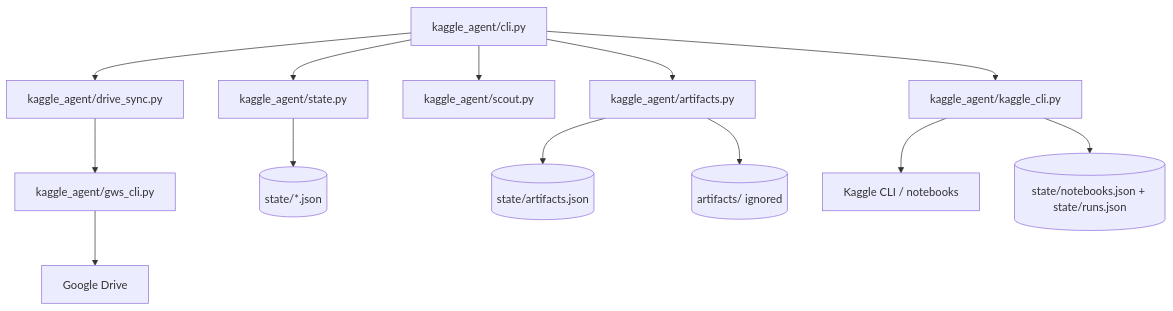
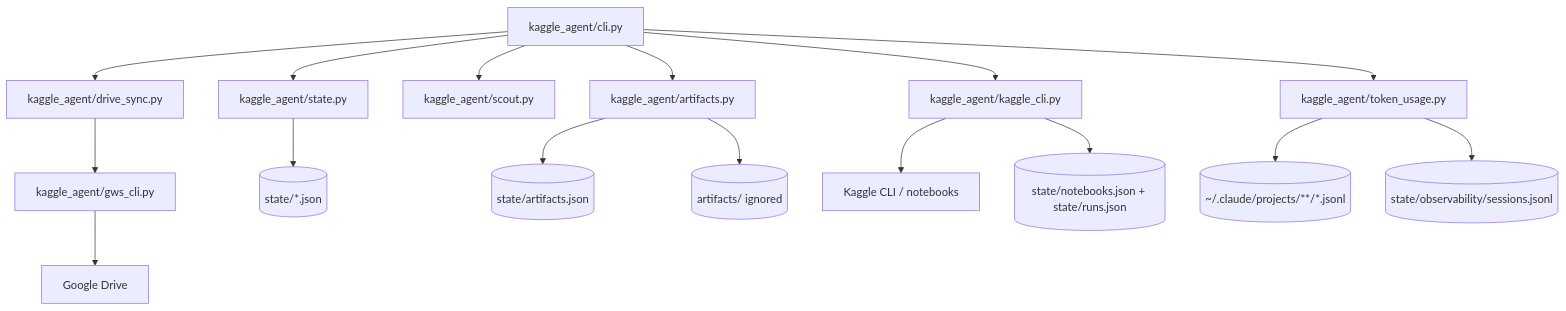
One commit to Jivraj-18/kaggle_agent changed the first of 3 diagrams in docs/codebase-map.md. Above: the diagram before and after it, drawn with Mermaid. The commit also changed other lines of this file and 5 other files, not shown here.

First line of the commit message:
Document --transcript-file token capture across skills and architecture docs

````diff
--- a/docs/codebase-map.md
+++ b/docs/codebase-map.md
@@ -7,16 +7,19 @@
 ```mermaid
 flowchart TD
     CLI[kaggle_agent/cli.py] --> State[kaggle_agent/state.py]
     CLI --> Kaggle[kaggle_agent/kaggle_cli.py]
     CLI --> Scout[kaggle_agent/scout.py]
     CLI --> Artifacts[kaggle_agent/artifacts.py]
     CLI --> Drive[kaggle_agent/drive_sync.py]
+    CLI --> TokenUsage[kaggle_agent/token_usage.py]
     Drive --> GWS[kaggle_agent/gws_cli.py]
 
     State --> JSON[(state/*.json)]
     Artifacts --> ArtifactState[(state/artifacts.json)]
     Artifacts --> ArtifactFiles[(artifacts/ ignored)]
     Kaggle --> KaggleRemote[Kaggle CLI / notebooks]
     Kaggle --> NotebookState[(state/notebooks.json + state/runs.json)]
     GWS --> DriveRemote[Google Drive]
+    TokenUsage --> ClaudeTranscript[(~/.claude/projects/**/*.jsonl)]
+    TokenUsage --> SessionState[(state/observability/sessions.jsonl)]
 ```
````
